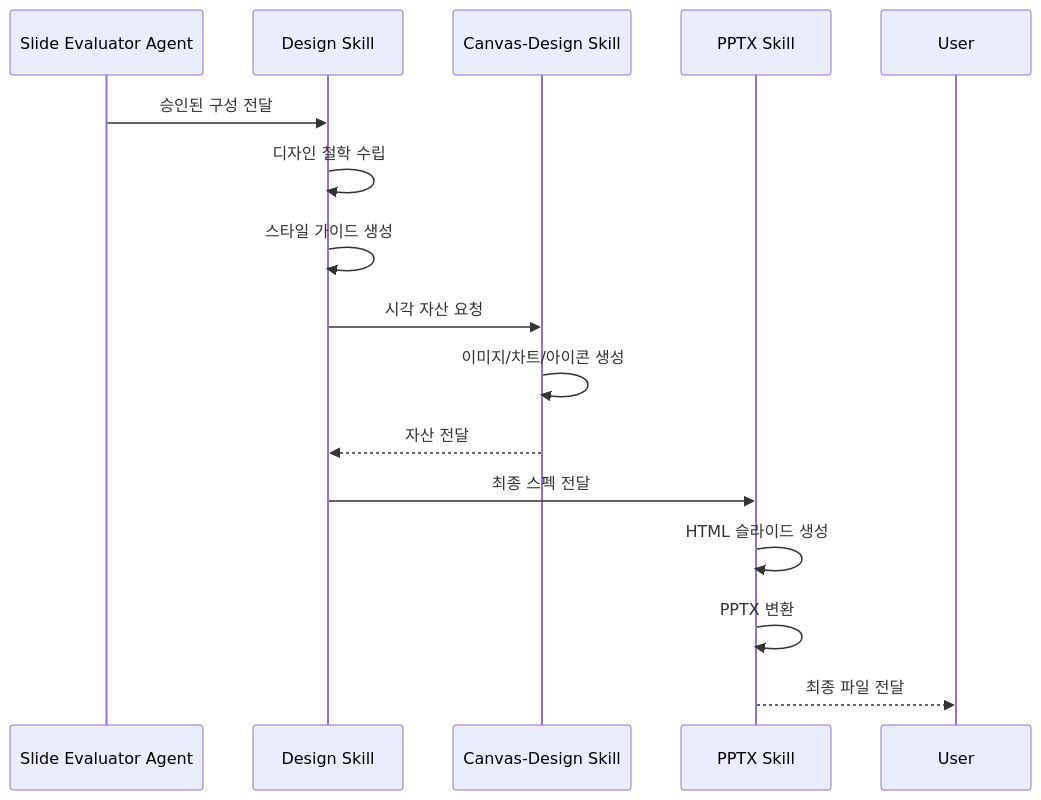
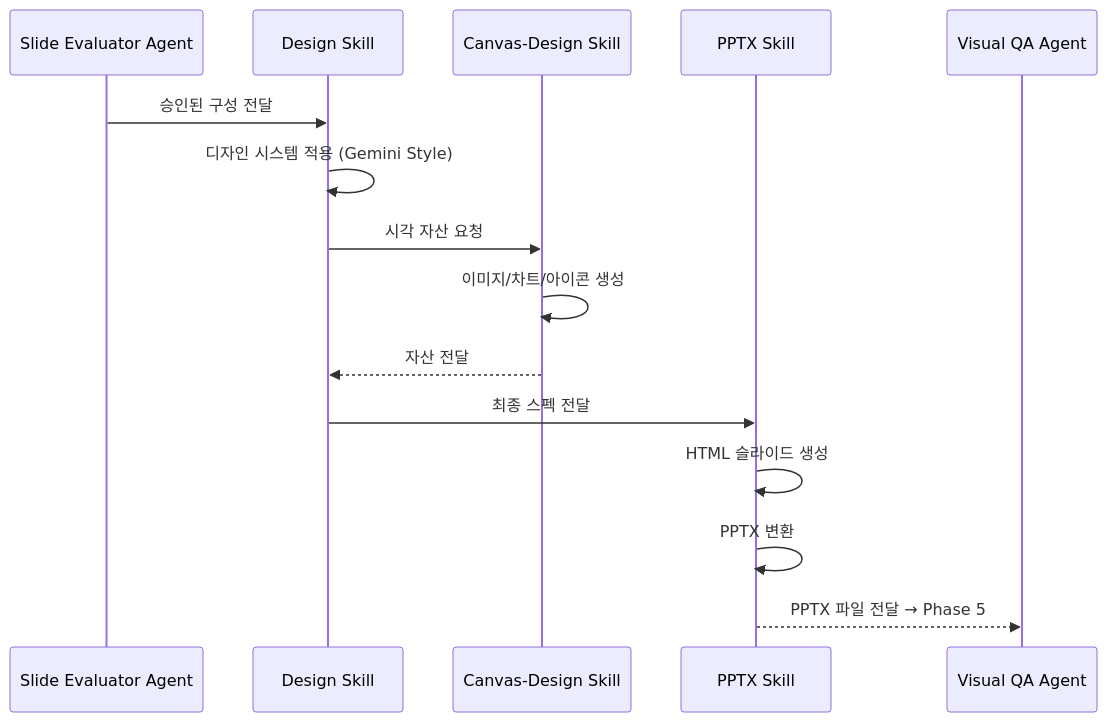
One commit to kimsanguine/vibe changed the fourth of 5 diagrams in ppt-agent-team/workflows/ppt_workflow.md. Above: the diagram before and after it, drawn with Mermaid. The commit also changed other lines of this file and 4 other files, not shown here.

````diff
--- a/ppt-agent-team/workflows/ppt_workflow.md
+++ b/ppt-agent-team/workflows/ppt_workflow.md
@@ -156,18 +183,18 @@
 ```mermaid
 sequenceDiagram
     participant SEA as Slide Evaluator Agent
     participant DS as Design Skill
     participant CS as Canvas-Design Skill
     participant PS as PPTX Skill
+    participant VQA as Visual QA Agent
 
     SEA->>DS: 승인된 구성 전달
-    DS->>DS: 디자인 철학 수립
-    DS->>DS: 스타일 가이드 생성
+    DS->>DS: 디자인 시스템 적용 (Gemini Style)
     DS->>CS: 시각 자산 요청
     CS->>CS: 이미지/차트/아이콘 생성
     CS-->>DS: 자산 전달
     DS->>PS: 최종 스펙 전달
     PS->>PS: HTML 슬라이드 생성
     PS->>PS: PPTX 변환
-    PS-->>User: 최종 파일 전달
+    PS-->>VQA: PPTX 파일 전달 → Phase 5
 ```
````
